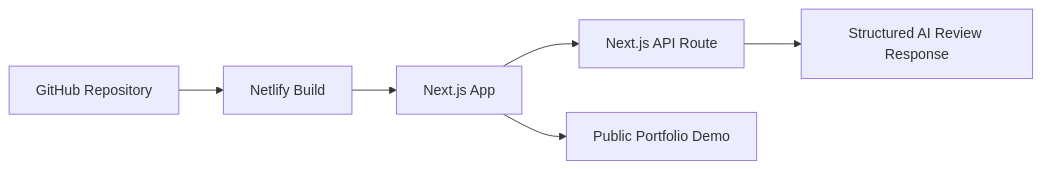
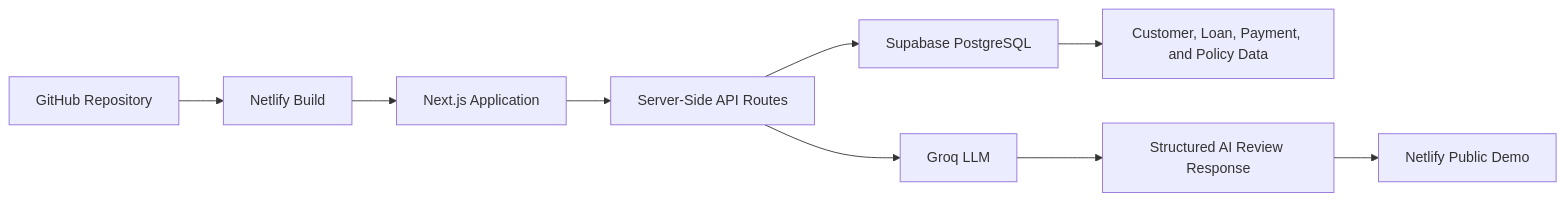
Before and after one commit to llmaideveloper/assistiq-banking-copilot: the second of 4 diagrams in README.md, drawn with Mermaid. The commit also changed other lines of this file and 1 other file, not shown here.

Commit message:
Switch AI review to Groq and update architecture docs

````diff
--- a/README.md
+++ b/README.md
@@ -52,8 +89,11 @@
 ```mermaid
 flowchart LR
     A[GitHub Repository] --> B[Netlify Build]
-    B --> C[Next.js App]
-    C --> D[Next.js API Route]
-    D --> E[Structured AI Review Response]
-    C --> F[Public Portfolio Demo]
+    B --> C[Next.js Application]
+    C --> D[Server-Side API Routes]
+    D --> E[Supabase PostgreSQL]
+    D --> F[Groq LLM]
+    E --> G[Customer, Loan, Payment, and Policy Data]
+    F --> H[Structured AI Review Response]
+    H --> I[Netlify Public Demo]
 ```
````
